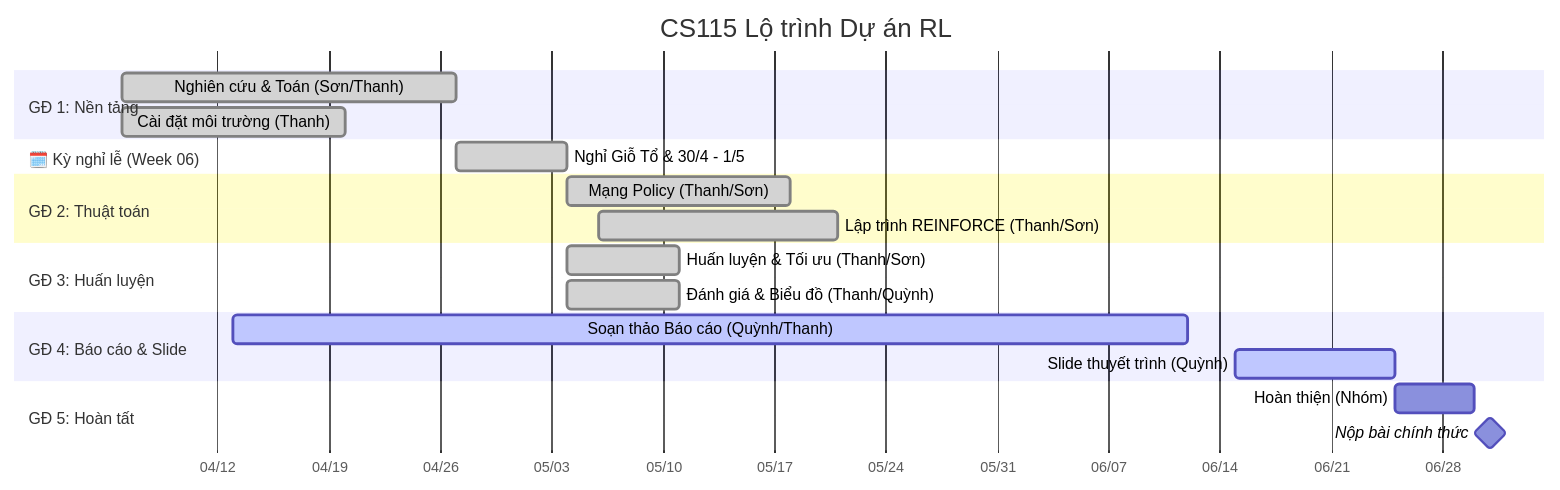
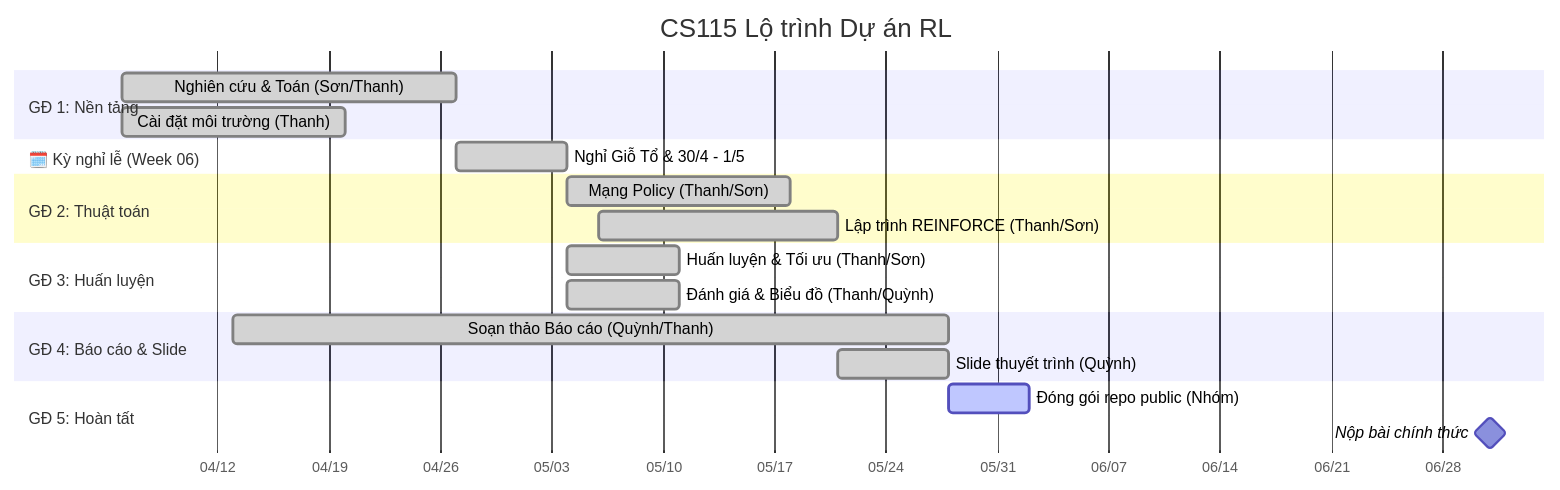
Before and after one commit to uit-25730067-chithanh/CS115-Team05-PG: the diagram in docs/project-roadmap.md, drawn with Mermaid. The commit also changed other lines of this file and 5 other files, not shown here.

````diff
--- a/docs/project-roadmap.md
+++ b/docs/project-roadmap.md
@@ -7,30 +7,30 @@
 ```mermaid
 gantt
     title CS115 Lộ trình Dự án RL
     dateFormat  YYYY-MM-DD
     tickInterval 1w
     axisFormat  %m/%d
 
     section GĐ 1: Nền tảng
     Nghiên cứu & Toán (Sơn/Thanh)     :done, des1, 2026-04-06, 21d
     Cài đặt môi trường (Thanh)        :done, des2, 2026-04-06, 14d
 
     section 🗓️ Kỳ nghỉ lễ (Week 06)
     Nghỉ Giỗ Tổ & 30/4 - 1/5          :done, holiday, 2026-04-27, 7d
 
     section GĐ 2: Thuật toán
     Mạng Policy (Thanh/Sơn)           :done, des3, 2026-05-04, 14d
     Lập trình REINFORCE (Thanh/Sơn)   :done, des4, 2026-05-06, 15d
 
     section GĐ 3: Huấn luyện
     Huấn luyện & Tối ưu (Thanh/Sơn)   :done, des5, 2026-05-04, 7d
     Đánh giá & Biểu đồ (Thanh/Quỳnh)  :done, des6, 2026-05-04, 7d
 
     section GĐ 4: Báo cáo & Slide
-    Soạn thảo Báo cáo (Quỳnh/Thanh)   :active, des7, 2026-04-13, 60d
-    Slide thuyết trình (Quỳnh)        :active, des8, 2026-06-15, 10d
+    Soạn thảo Báo cáo (Quỳnh/Thanh)   :done, des7, 2026-04-13, 45d
+    Slide thuyết trình (Quỳnh)        :done, des8, 2026-05-21, 7d
 
     section GĐ 5: Hoàn tất
-    Hoàn thiện (Nhóm)                 :des9, 2026-06-25, 5d
+    Đóng gói repo public (Nhóm)       :active, des9, 2026-05-28, 5d
     Nộp bài chính thức                :milestone, des10, 2026-07-01, 0d
 ```
````
